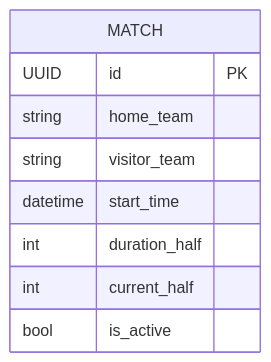
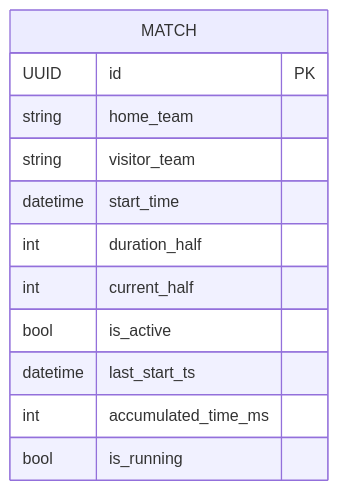
Before and after one commit to dsd17-ua/GAIA-Template: the diagram in specs/DataModel.md, drawn with Mermaid. The commit also changed 20 other files, not shown here.

````diff
--- a/specs/DataModel.md
+++ b/specs/DataModel.md
@@ -5,12 +5,15 @@
 ```mermaid
 erDiagram
     MATCH {
         UUID id PK
         string home_team
         string visitor_team
         datetime start_time
         int duration_half
         int current_half
         bool is_active
+        datetime last_start_ts
+        int accumulated_time_ms
+        bool is_running
     }
 ```
````
